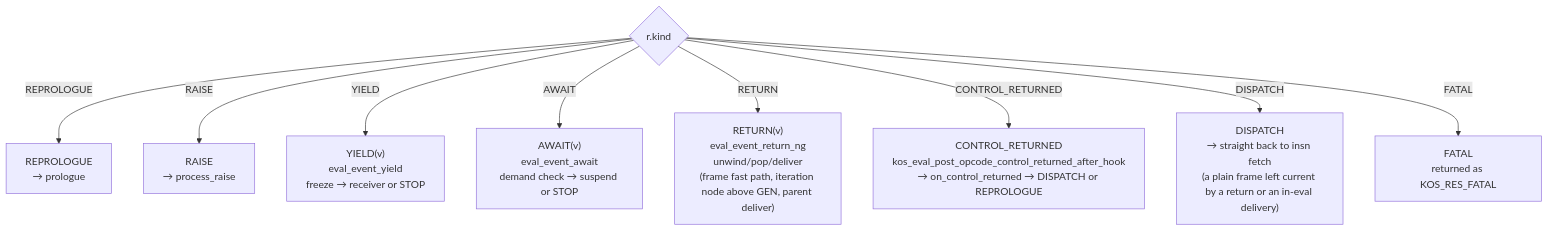
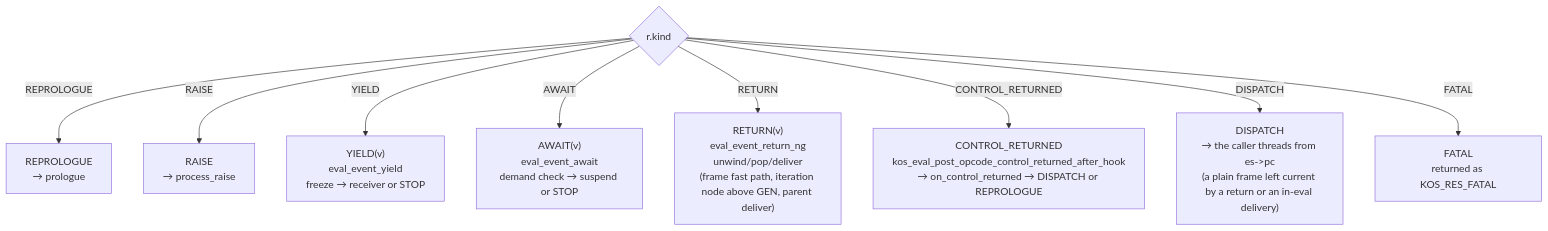
One commit to koskari-lang/koskari changed the seventh of 12 diagrams in design/EVALUATOR.md. Above: the diagram before and after it, drawn with Mermaid. The commit also changed other lines of this file, not shown here.

````diff
--- a/design/EVALUATOR.md
+++ b/design/EVALUATOR.md
@@ -453,21 +465,21 @@
 ```mermaid
 flowchart TD
     kind{"r.kind"}
     repro["REPROLOGUE<br/>→ prologue"]
     raise["RAISE<br/>→ process_raise"]
     yield["YIELD(v)<br/>eval_event_yield<br/>freeze → receiver or STOP"]
     await["AWAIT(v)<br/>eval_event_await<br/>demand check → suspend or STOP"]
     ret["RETURN(v)<br/>eval_event_return_ng<br/>unwind/pop/deliver<br/>(frame fast path, iteration node above GEN, parent deliver)"]
     ctrl["CONTROL_RETURNED<br/>kos_eval_post_opcode_control_returned_after_hook<br/>→ on_control_returned → DISPATCH or REPROLOGUE"]
-    disp["DISPATCH<br/>→ straight back to insn fetch<br/>(a plain frame left current by a return or an in-eval delivery)"]
+    disp["DISPATCH<br/>→ the caller threads from es->pc<br/>(a plain frame left current by a return or an in-eval delivery)"]
     fatal["FATAL<br/>returned as KOS_RES_FATAL"]
 
     kind -->|REPROLOGUE| repro
     kind -->|RAISE| raise
     kind -->|YIELD| yield
     kind -->|AWAIT| await
     kind -->|RETURN| ret
     kind -->|CONTROL_RETURNED| ctrl
     kind -->|DISPATCH| disp
     kind -->|FATAL| fatal
 ```
````
